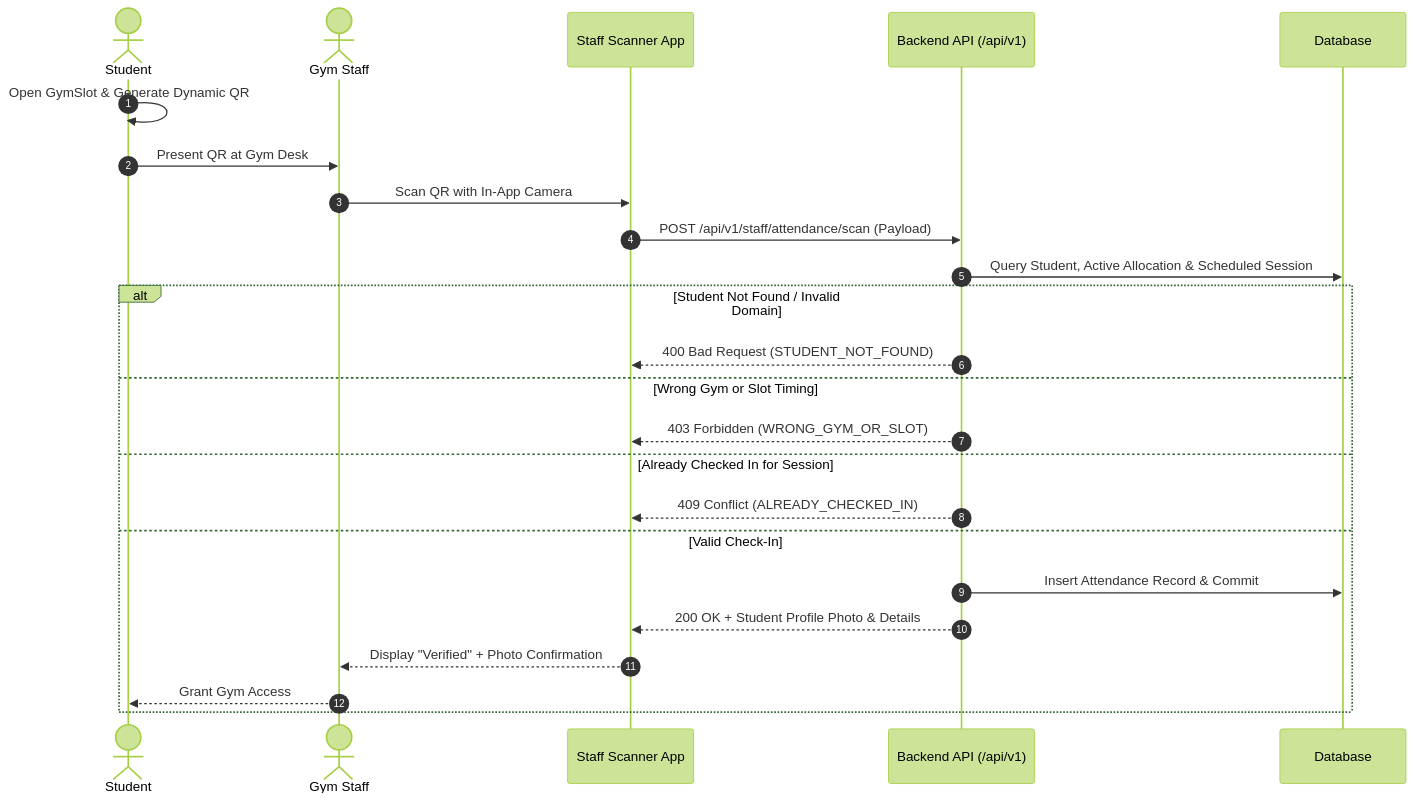
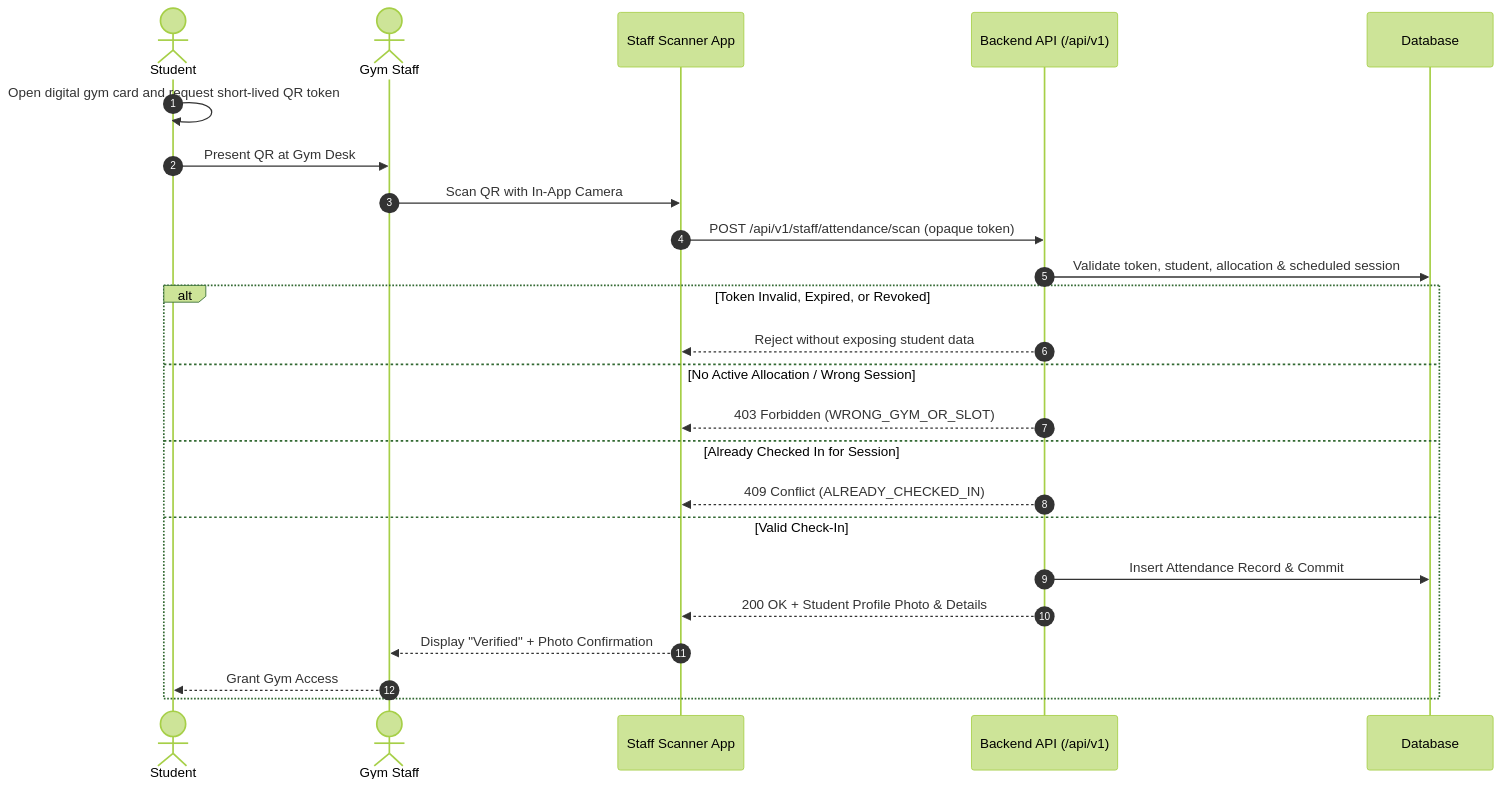
Before and after one commit to Aarav-cyber/Gym-allocation: the second of 4 diagrams in README.md, drawn with Mermaid (forest theme). The commit also changed other lines of this file, not shown here.

````diff
--- a/README.md
+++ b/README.md
@@ -187,28 +226,28 @@
 ```mermaid
 sequenceDiagram
     autonumber
     actor Student
     actor Staff as Gym Staff
     participant Client as Staff Scanner App
     participant Server as Backend API (/api/v1)
     participant DB as Database
 
-    Student->>Student: Open GymSlot & Generate Dynamic QR
+    Student->>Student: Open digital gym card and request short-lived QR token
     Student->>Staff: Present QR at Gym Desk
     Staff->>Client: Scan QR with In-App Camera
-    Client->>Server: POST /api/v1/staff/attendance/scan (Payload)
+    Client->>Server: POST /api/v1/staff/attendance/scan (opaque token)
     
-    Server->>DB: Query Student, Active Allocation & Scheduled Session
-    alt Student Not Found / Invalid Domain
-        Server-->>Client: 400 Bad Request (STUDENT_NOT_FOUND)
-    else Wrong Gym or Slot Timing
+    Server->>DB: Validate token, student, allocation & scheduled session
+    alt Token Invalid, Expired, or Revoked
+        Server-->>Client: Reject without exposing student data
+    else No Active Allocation / Wrong Session
         Server-->>Client: 403 Forbidden (WRONG_GYM_OR_SLOT)
     else Already Checked In for Session
         Server-->>Client: 409 Conflict (ALREADY_CHECKED_IN)
     else Valid Check-In
         Server->>DB: Insert Attendance Record & Commit
         Server-->>Client: 200 OK + Student Profile Photo & Details
         Client-->>Staff: Display "Verified" + Photo Confirmation
         Staff-->>Student: Grant Gym Access
     end
 ```
````
